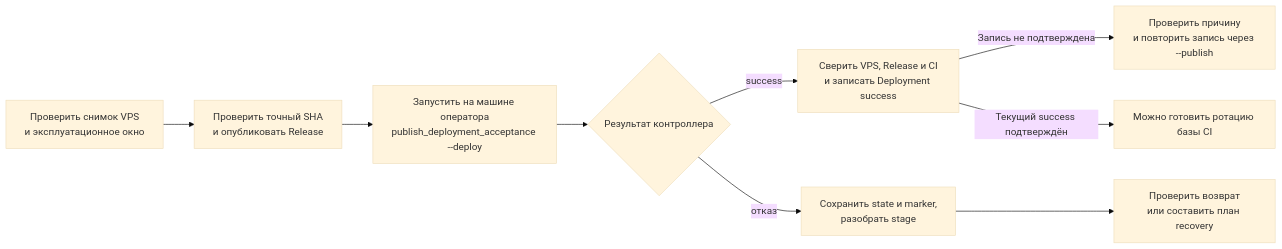
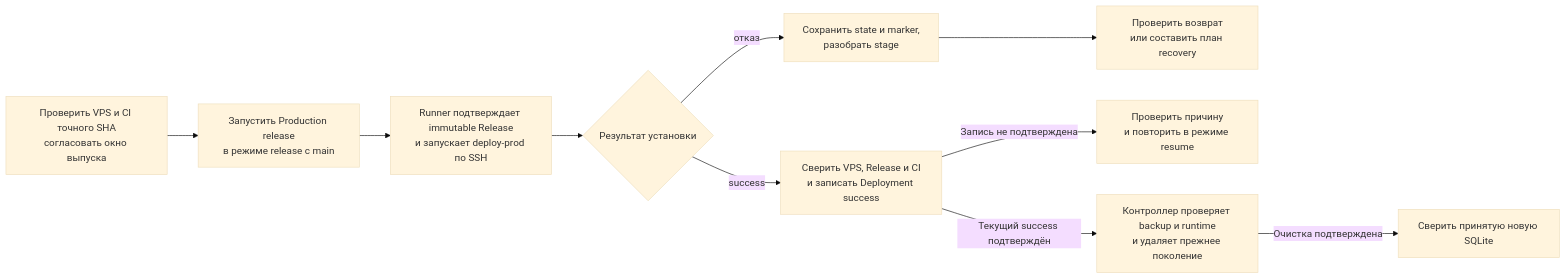
The diagram in docs/OPERATIONS.md (karateka-git/compadre-assistant), drawn with Mermaid (base theme) before and after one commit. The commit also changed other lines of this file and 9 other files, not shown here.

````diff
--- a/docs/OPERATIONS.md
+++ b/docs/OPERATIONS.md
@@ -25,11 +25,12 @@
 ```mermaid
 flowchart LR
-    A[Проверить снимок VPS<br/>и эксплуатационное окно] --> B[Проверить точный SHA<br/>и опубликовать Release]
-    B --> C[Запустить на машине оператора<br/>publish_deployment_acceptance --deploy]
-    C --> D{Результат контроллера}
+    A[Проверить VPS и CI точного SHA<br/>согласовать окно выпуска] --> B[Запустить Production release<br/>в режиме release с main]
+    B --> C[Runner подтверждает immutable Release<br/>и запускает deploy-prod по SSH]
+    C --> D{Результат установки}
     D -->|success| E[Сверить VPS, Release и CI<br/>и записать Deployment success]
     D -->|отказ| F[Сохранить state и marker,<br/>разобрать stage]
     F --> G[Проверить возврат<br/>или составить план recovery]
-    E -->|Запись не подтверждена| H[Проверить причину<br/>и повторить запись через --publish]
-    E -->|Текущий success подтверждён| I[Можно готовить ротацию базы CI]
+    E -->|Запись не подтверждена| H[Проверить причину<br/>и повторить в режиме resume]
+    E -->|Текущий success подтверждён| I[Контроллер проверяет backup и runtime<br/>и удаляет прежнее поколение]
+    I -->|Очистка подтверждена| J[Сверить принятую новую SQLite]
 ```
````
